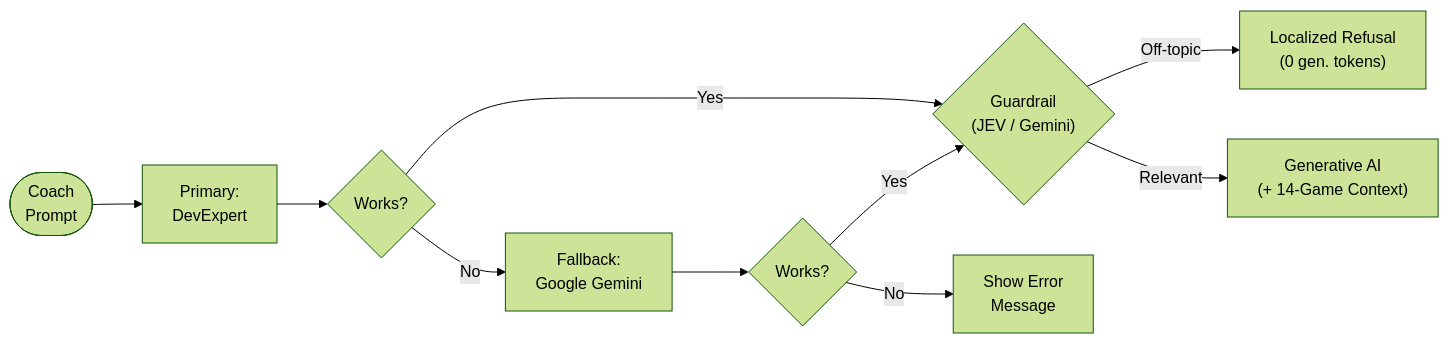
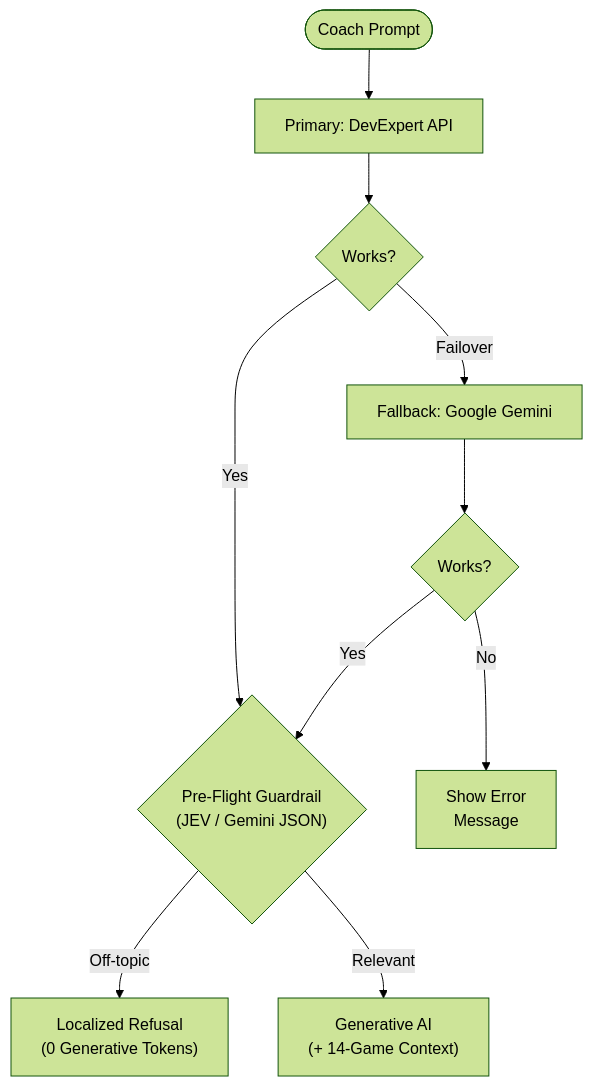
Before and after one commit to albertmartorell1975/BasketCoach: the second of 3 diagrams in README.md, drawn with Mermaid (forest theme). The commit also changed other lines of this file, not shown here.

Commit message:
docs(readme): add Android AI Workflow Foundation repository links and update architecture flowcharts

````diff
--- a/README.md
+++ b/README.md
@@ -54,12 +54,12 @@
 ```mermaid
-flowchart LR
-    Prompt(["Coach<br/>Prompt"]) --> TryDev["Primary:<br/>DevExpert"]
+flowchart TD
+    Prompt(["Coach Prompt"]) --> TryDev["Primary: DevExpert API"]
     TryDev --> DevOk{"Works?"}
-    DevOk -- "Yes" --> Guard{"Guardrail<br/>(JEV / Gemini)"}
-    DevOk -- "No" --> TryGem["Fallback:<br/>Google Gemini"]
+    DevOk -- "Yes" --> Guard{"Pre-Flight Guardrail<br/>(JEV / Gemini JSON)"}
+    DevOk -- "Failover" --> TryGem["Fallback: Google Gemini"]
     TryGem --> GemOk{"Works?"}
     GemOk -- "Yes" --> Guard
     GemOk -- "No" --> Err["Show Error<br/>Message"]
-    Guard -- "Off-topic" --> Block["Localized Refusal<br/>(0 gen. tokens)"]
+    Guard -- "Off-topic" --> Block["Localized Refusal<br/>(0 Generative Tokens)"]
     Guard -- "Relevant" --> Gen["Generative AI<br/>(+ 14-Game Context)"]
 ```
````
